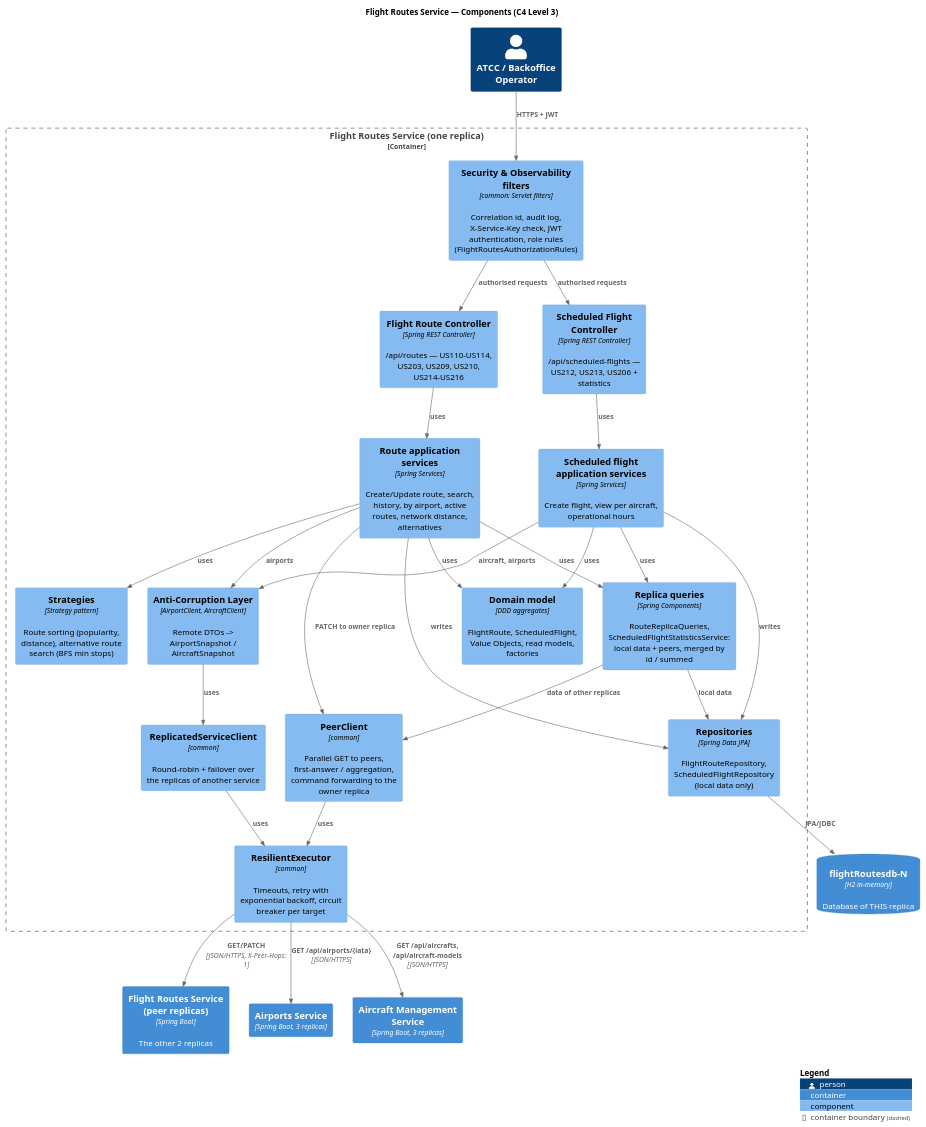
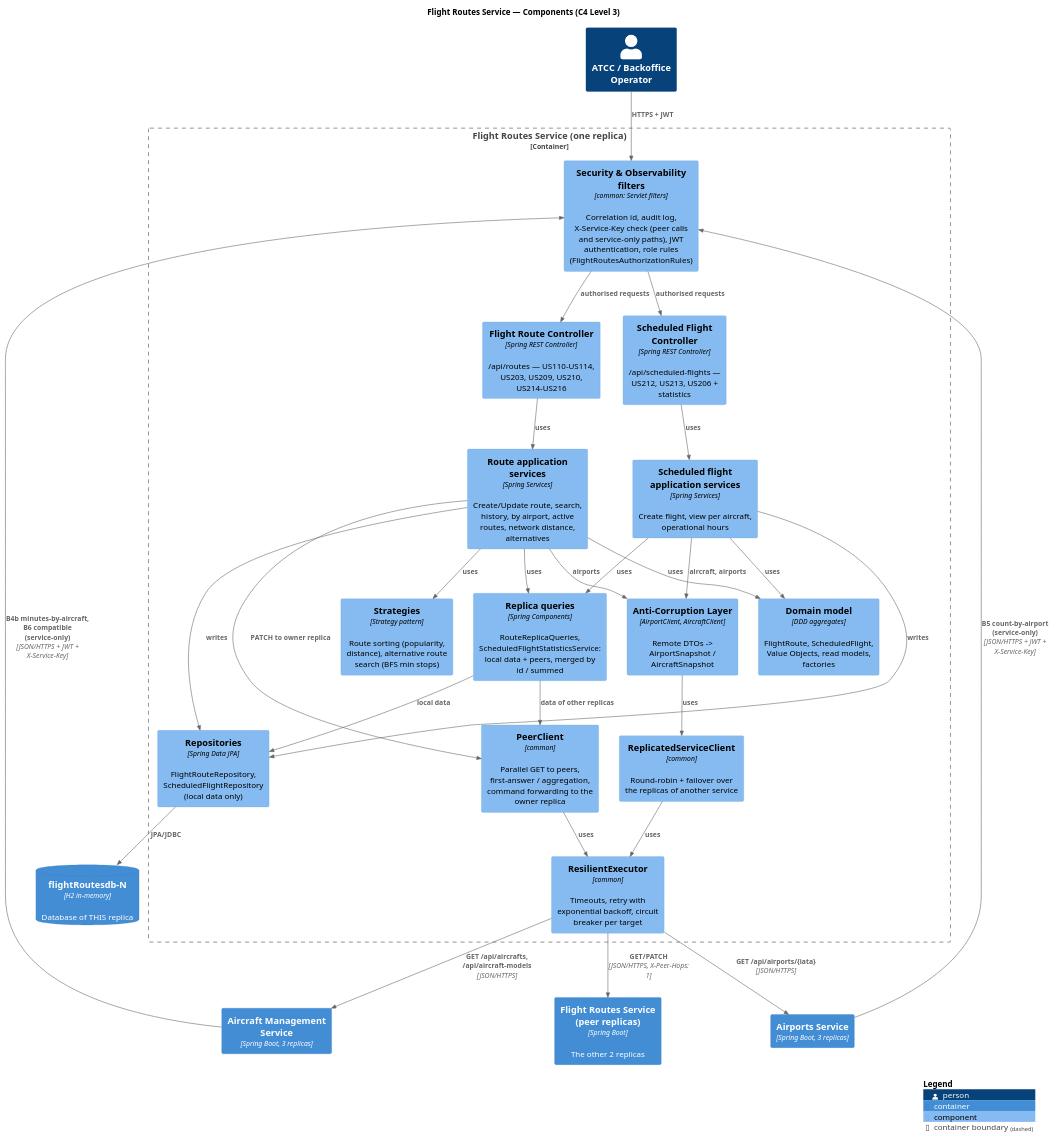
The diagram in docs/3-components/flightroutes/puml/C4-L3-FlightRoutes-Components.puml (caetanotiago/Project_SIDIS), drawn with PlantUML before and after one commit. The commit also changed 24 other files, not shown here.

```diff
--- a/docs/3-components/flightroutes/puml/C4-L3-FlightRoutes-Components.puml
+++ b/docs/3-components/flightroutes/puml/C4-L3-FlightRoutes-Components.puml
@@ -1,54 +1,56 @@
 @startuml C4-L3-FlightRoutes-Components
 !include <C4/C4_Component>
 LAYOUT_TOP_DOWN()
 title Flight Routes Service — Components (C4 Level 3)
 
 Person(atcc, "ATCC / Backoffice Operator")
 Container(peer, "Flight Routes Service (peer replicas)", "Spring Boot", "The other 2 replicas")
 Container(ap, "Airports Service", "Spring Boot, 3 replicas")
 Container(am, "Aircraft Management Service", "Spring Boot, 3 replicas")
 ContainerDb(db, "flightRoutesdb-N", "H2 in-memory", "Database of THIS replica")
 
 Container_Boundary(fr, "Flight Routes Service (one replica)") {
-    Component(sec, "Security & Observability filters", "common: Servlet filters", "Correlation id, audit log, X-Service-Key check, JWT authentication, role rules (FlightRoutesAuthorizationRules)")
+    Component(sec, "Security & Observability filters", "common: Servlet filters", "Correlation id, audit log, X-Service-Key check (peer calls and service-only paths), JWT authentication, role rules (FlightRoutesAuthorizationRules)")
     Component(routeCtrl, "Flight Route Controller", "Spring REST Controller", "/api/routes — US110-US114, US203, US209, US210, US214-US216")
     Component(sfCtrl, "Scheduled Flight Controller", "Spring REST Controller", "/api/scheduled-flights — US212, US213, US206 + statistics")
     Component(routeSvc, "Route application services", "Spring Services", "Create/Update route, search, history, by airport, active routes, network distance, alternatives")
     Component(sfSvc, "Scheduled flight application services", "Spring Services", "Create flight, view per aircraft, operational hours")
     Component(replicaQ, "Replica queries", "Spring Components", "RouteReplicaQueries, ScheduledFlightStatisticsService: local data + peers, merged by id / summed")
     Component(strategies, "Strategies", "Strategy pattern", "Route sorting (popularity, distance), alternative route search (BFS min stops)")
     Component(domain, "Domain model", "DDD aggregates", "FlightRoute, ScheduledFlight, Value Objects, read models, factories")
     Component(repos, "Repositories", "Spring Data JPA", "FlightRouteRepository, ScheduledFlightRepository (local data only)")
     Component(acl, "Anti-Corruption Layer", "AirportClient, AircraftClient", "Remote DTOs -> AirportSnapshot / AircraftSnapshot")
     Component(peerClient, "PeerClient", "common", "Parallel GET to peers, first-answer / aggregation, command forwarding to the owner replica")
     Component(repClient, "ReplicatedServiceClient", "common", "Round-robin + failover over the replicas of another service")
     Component(resil, "ResilientExecutor", "common", "Timeouts, retry with exponential backoff, circuit breaker per target")
 }
 
 Rel(atcc, sec, "HTTPS + JWT")
+Rel(am, sec, "B4b minutes-by-aircraft, B6 compatible (service-only)", "JSON/HTTPS + JWT + X-Service-Key")
+Rel(ap, sec, "B5 count-by-airport (service-only)", "JSON/HTTPS + JWT + X-Service-Key")
 Rel(sec, routeCtrl, "authorised requests")
 Rel(sec, sfCtrl, "authorised requests")
 Rel(routeCtrl, routeSvc, "uses")
 Rel(sfCtrl, sfSvc, "uses")
 Rel(routeSvc, replicaQ, "uses")
 Rel(sfSvc, replicaQ, "uses")
 Rel(routeSvc, strategies, "uses")
 Rel(routeSvc, domain, "uses")
 Rel(sfSvc, domain, "uses")
 Rel(routeSvc, acl, "airports")
 Rel(sfSvc, acl, "aircraft, airports")
 Rel(replicaQ, repos, "local data")
 Rel(routeSvc, repos, "writes")
 Rel(sfSvc, repos, "writes")
 Rel(repos, db, "JPA/JDBC")
 Rel(replicaQ, peerClient, "data of other replicas")
 Rel(routeSvc, peerClient, "PATCH to owner replica")
 Rel(acl, repClient, "uses")
 Rel(peerClient, resil, "uses")
 Rel(repClient, resil, "uses")
 Rel(resil, peer, "GET/PATCH", "JSON/HTTPS, X-Peer-Hops: 1")
 Rel(resil, ap, "GET /api/airports/{iata}", "JSON/HTTPS")
 Rel(resil, am, "GET /api/aircrafts, /api/aircraft-models", "JSON/HTTPS")
 
 SHOW_LEGEND()
 @enduml
```
